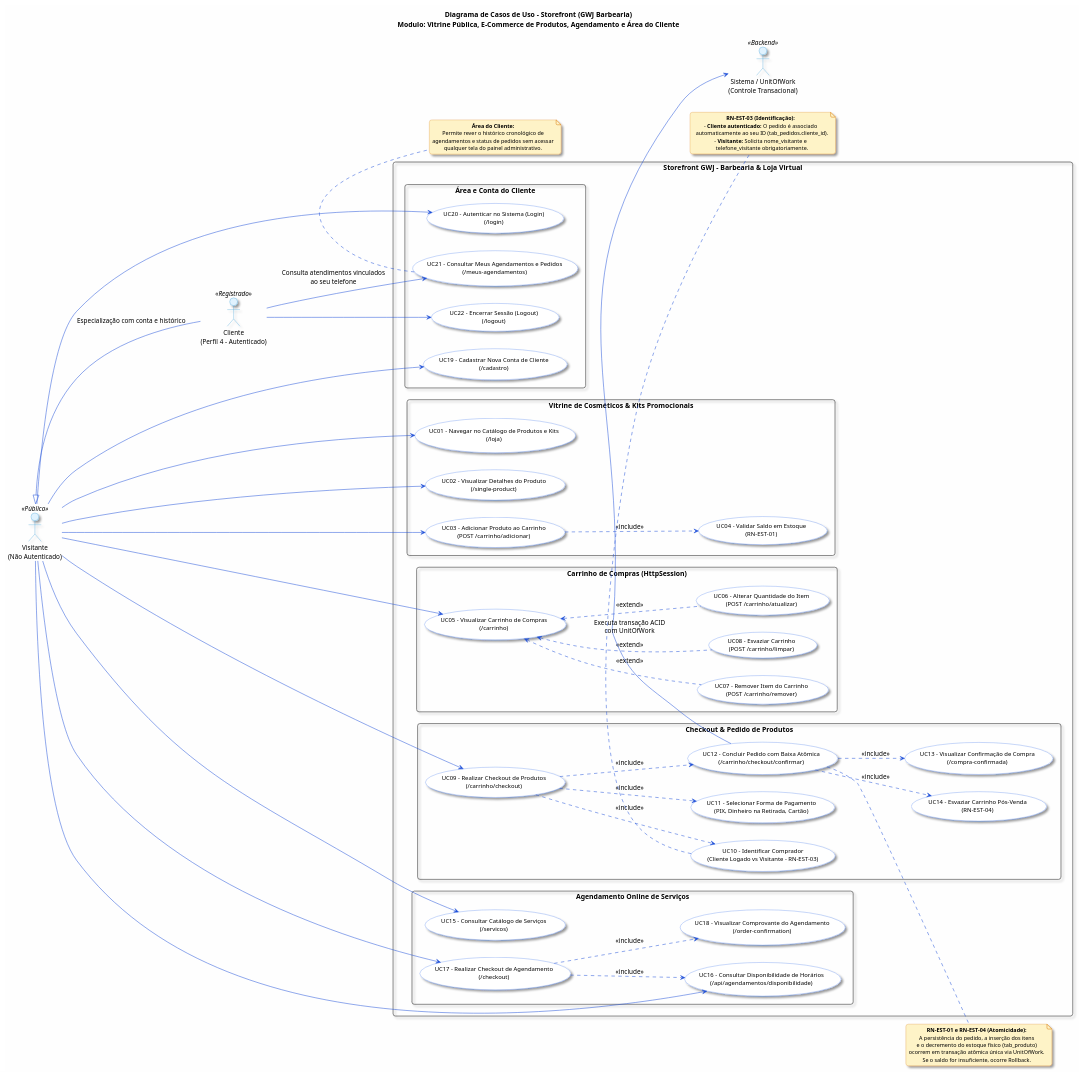
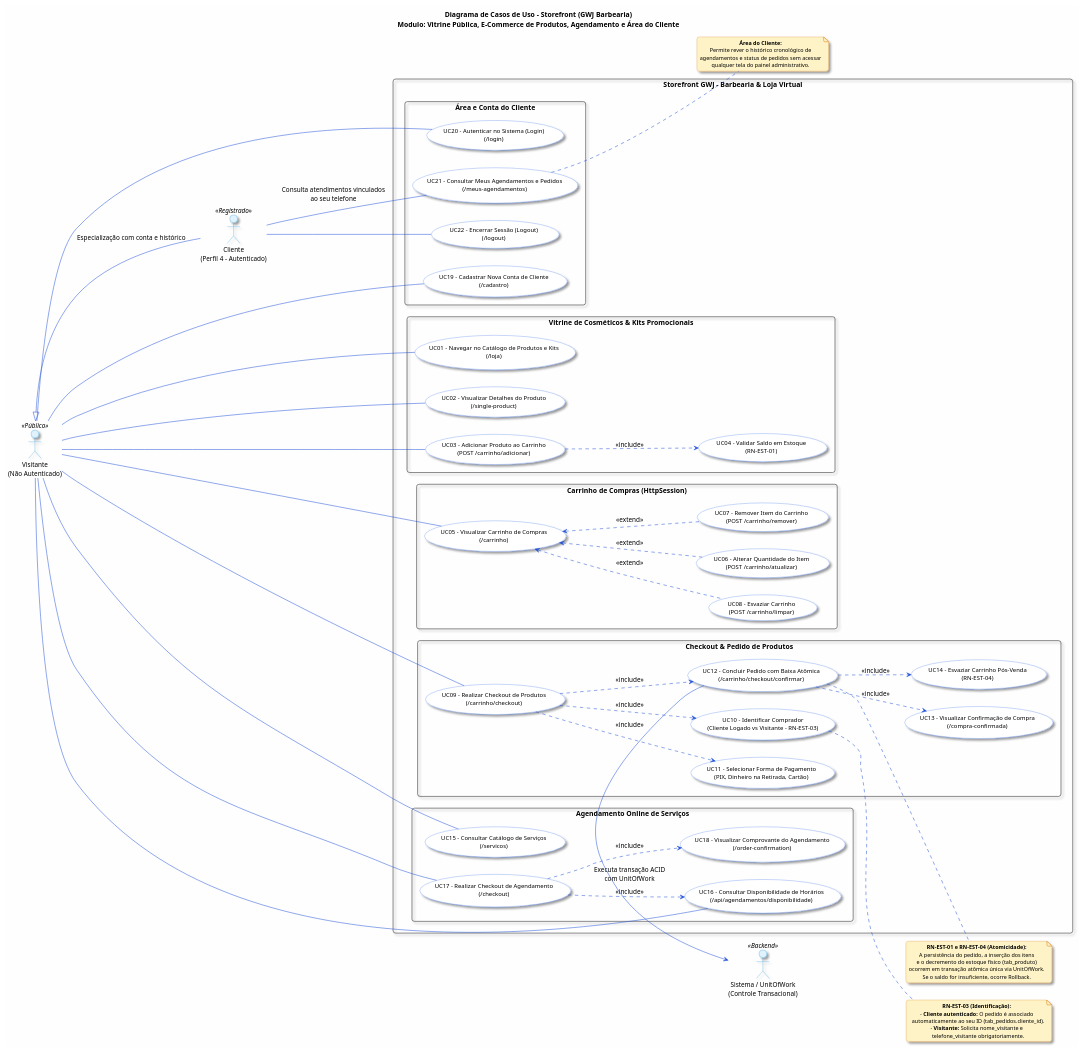
The diagram in docs/business/use-cases/storefront.puml (Gabriel-Calidonio/GJW_Projetcs), drawn with PlantUML before and after one commit. The commit also changed 6 other files, not shown here.

Commit message:
refactor: update storefront use case diagram actor connections, note positions, and SVG export

```diff
--- a/docs/business/use-cases/storefront.puml
+++ b/docs/business/use-cases/storefront.puml
@@ -1,157 +1,157 @@
 @startuml storefront
 
 ' --- Orientação Lateral (Esquerda para Direita) ---
 left to right direction
 
 ' --- Configurações Visuais e Estilo ---
 skinparam theme cerulean
 skinparam backgroundColor #FEFEFE
 skinparam Handwritten false
 skinparam Monochrome false
 skinparam Shadowing true
 skinparam packageStyle Rectangle
 skinparam defaultTextAlignment center
 skinparam roundCorner 10
 
 ' Estilização dos Atores e Casos de Uso
 skinparam actor {
     BackgroundColor #E0F2FE
     BorderColor #0284C7
     FontName "Helvetica"
     FontSize 13
 }
 
 skinparam usecase {
     BackgroundColor #FFFFFF
     BorderColor #2563EB
     ArrowColor #1D4ED8
     FontName "Helvetica"
     FontSize 12
 }
 
 skinparam note {
     BackgroundColor #FEF3C7
     BorderColor #D97706
     FontName "Helvetica"
     FontSize 11
 }
 
 
 title **Diagrama de Casos de Uso - Storefront (GWJ Barbearia)**\nModulo: Vitrine Pública, E-Commerce de Produtos, Agendamento e Área do Cliente
 
 ' --- Atores à Esquerda (Público e Clientes) ---
 actor "Visitante\n(Não Autenticado)" as Visitante <<Público>>
 actor "Cliente\n(Perfil 4 - Autenticado)" as Cliente <<Registrado>>
 
 ' Generalização: Cliente Autenticado é um Visitante com privilégios adicionais
 Cliente -up-|> Visitante : "Especialização com conta e histórico"
 
 ' --- Fronteira do Sistema: Storefront ---
 rectangle "Storefront GWJ - Barbearia & Loja Virtual" as StorefrontBoundary {
 
     ' Bloco 1: E-Commerce e Vitrine de Cosméticos
     package "Vitrine de Cosméticos & Kits Promocionais" {
         usecase "UC01 - Navegar no Catálogo de Produtos e Kits\n(/loja)" as UC_CatalogoProdutos
         usecase "UC02 - Visualizar Detalhes do Produto\n(/single-product)" as UC_DetalheProduto
         usecase "UC03 - Adicionar Produto ao Carrinho\n(POST /carrinho/adicionar)" as UC_AddCarrinho
         usecase "UC04 - Validar Saldo em Estoque\n(RN-EST-01)" as UC_ValidaEstoque
     }
 
     ' Bloco 2: Gestão do Carrinho na Sessão HTTP
     package "Carrinho de Compras (HttpSession)" {
         usecase "UC05 - Visualizar Carrinho de Compras\n(/carrinho)" as UC_VerCarrinho
         usecase "UC06 - Alterar Quantidade do Item\n(POST /carrinho/atualizar)" as UC_AtualizarQtd
         usecase "UC07 - Remover Item do Carrinho\n(POST /carrinho/remover)" as UC_RemoverItem
         usecase "UC08 - Esvaziar Carrinho\n(POST /carrinho/limpar)" as UC_LimparCarrinho
     }
 
     ' Bloco 3: Checkout e Conclusão de Pedido de Produtos
     package "Checkout & Pedido de Produtos" {
         usecase "UC09 - Realizar Checkout de Produtos\n(/carrinho/checkout)" as UC_CheckoutProdutos
         usecase "UC10 - Identificar Comprador\n(Cliente Logado vs Visitante - RN-EST-03)" as UC_IdentificarComprador
         usecase "UC11 - Selecionar Forma de Pagamento\n(PIX, Dinheiro na Retirada, Cartão)" as UC_FormaPagamento
         usecase "UC12 - Concluir Pedido com Baixa Atômica\n(/carrinho/checkout/confirmar)" as UC_ConcluirPedido
         usecase "UC13 - Visualizar Confirmação de Compra\n(/compra-confirmada)" as UC_CompraConfirmada
         usecase "UC14 - Esvaziar Carrinho Pós-Venda\n(RN-EST-04)" as UC_LimpezaPosVenda
     }
 
     ' Bloco 4: Vitrine de Serviços e Agendamento Online Autônomo
     package "Agendamento Online de Serviços" {
         usecase "UC15 - Consultar Catálogo de Serviços\n(/servicos)" as UC_CatalogoServicos
         usecase "UC16 - Consultar Disponibilidade de Horários\n(/api/agendamentos/disponibilidade)" as UC_ConsultaDisponibilidade
         usecase "UC17 - Realizar Checkout de Agendamento\n(/checkout)" as UC_CheckoutAgendamento
         usecase "UC18 - Visualizar Comprovante do Agendamento\n(/order-confirmation)" as UC_ComprovanteAgendamento
     }
 
     ' Bloco 5: Conta do Cliente & Autenticação
     package "Área e Conta do Cliente" {
         usecase "UC19 - Cadastrar Nova Conta de Cliente\n(/cadastro)" as UC_Cadastro
         usecase "UC20 - Autenticar no Sistema (Login)\n(/login)" as UC_LoginCliente
         usecase "UC21 - Consultar Meus Agendamentos e Pedidos\n(/meus-agendamentos)" as UC_Historico
         usecase "UC22 - Encerrar Sessão (Logout)\n(/logout)" as UC_LogoutCliente
     }
 }
 
 ' --- Ator à Direita (Backend / Transações) ---
 actor "Sistema / UnitOfWork\n(Controle Transacional)" as Sistema <<Backend>>
 
 ' --- Relacionamentos do Visitante ---
-Visitante --> UC_CatalogoProdutos
-Visitante --> UC_DetalheProduto
-Visitante --> UC_AddCarrinho
-Visitante --> UC_VerCarrinho
-Visitante --> UC_CheckoutProdutos
-Visitante --> UC_CatalogoServicos
-Visitante --> UC_ConsultaDisponibilidade
-Visitante --> UC_CheckoutAgendamento
-Visitante --> UC_Cadastro
-Visitante --> UC_LoginCliente
+Visitante -- UC_CatalogoProdutos
+Visitante -- UC_DetalheProduto
+Visitante -- UC_AddCarrinho
+Visitante -- UC_VerCarrinho
+Visitante -- UC_CheckoutProdutos
+Visitante -- UC_CatalogoServicos
+Visitante -- UC_ConsultaDisponibilidade
+Visitante -- UC_CheckoutAgendamento
+Visitante -- UC_Cadastro
+Visitante -- UC_LoginCliente
 
 ' Inclusões e Extensões do Carrinho
 UC_AddCarrinho ..> UC_ValidaEstoque : <<include>>
 UC_VerCarrinho <.. UC_AtualizarQtd : <<extend>>
 UC_VerCarrinho <.. UC_RemoverItem : <<extend>>
 UC_VerCarrinho <.. UC_LimparCarrinho : <<extend>>
 
 ' Fluxo de Checkout de Produtos
 UC_CheckoutProdutos ..> UC_IdentificarComprador : <<include>>
 UC_CheckoutProdutos ..> UC_FormaPagamento : <<include>>
 UC_CheckoutProdutos ..> UC_ConcluirPedido : <<include>>
 UC_ConcluirPedido ..> UC_CompraConfirmada : <<include>>
 UC_ConcluirPedido ..> UC_LimpezaPosVenda : <<include>>
 
-UC_ConcluirPedido -right-> Sistema : "Executa transação ACID\ncom UnitOfWork"
+UC_ConcluirPedido -left-> Sistema : "Executa transação ACID\ncom UnitOfWork"
 
 ' Fluxo de Agendamento
 UC_CheckoutAgendamento ..> UC_ConsultaDisponibilidade : <<include>>
 UC_CheckoutAgendamento ..> UC_ComprovanteAgendamento : <<include>>
 
 ' --- Relacionamentos Exclusivos do Cliente Autenticado ---
-Cliente --> UC_Historico : "Consulta atendimentos vinculados\nao seu telefone"
-Cliente --> UC_LogoutCliente
+Cliente -- UC_Historico : "Consulta atendimentos vinculados\nao seu telefone"
+Cliente -- UC_LogoutCliente
 
 ' --- Notas de Regras de Negócio ---
-note bottom of UC_IdentificarComprador
+note right of UC_IdentificarComprador
   **RN-EST-03 (Identificação):**
   - **Cliente autenticado:** O pedido é associado
     automaticamente ao seu ID (tab_pedidos.cliente_id).
   - **Visitante:** Solicita nome_visitante e
     telefone_visitante obrigatoriamente.
 end note
 
 note right of UC_ConcluirPedido
   **RN-EST-01 e RN-EST-04 (Atomicidade):**
   A persistência do pedido, a inserção dos itens
   e o decremento do estoque físico (tab_produto)
   ocorrem em transação atômica única via UnitOfWork.
   Se o saldo for insuficiente, ocorre Rollback.
 end note
 
-note bottom of UC_Historico
+note right of UC_Historico
   **Área do Cliente:**
   Permite rever o histórico cronológico de
   agendamentos e status de pedidos sem acessar
   qualquer tela do painel administrativo.
 end note
 
 @enduml
```
